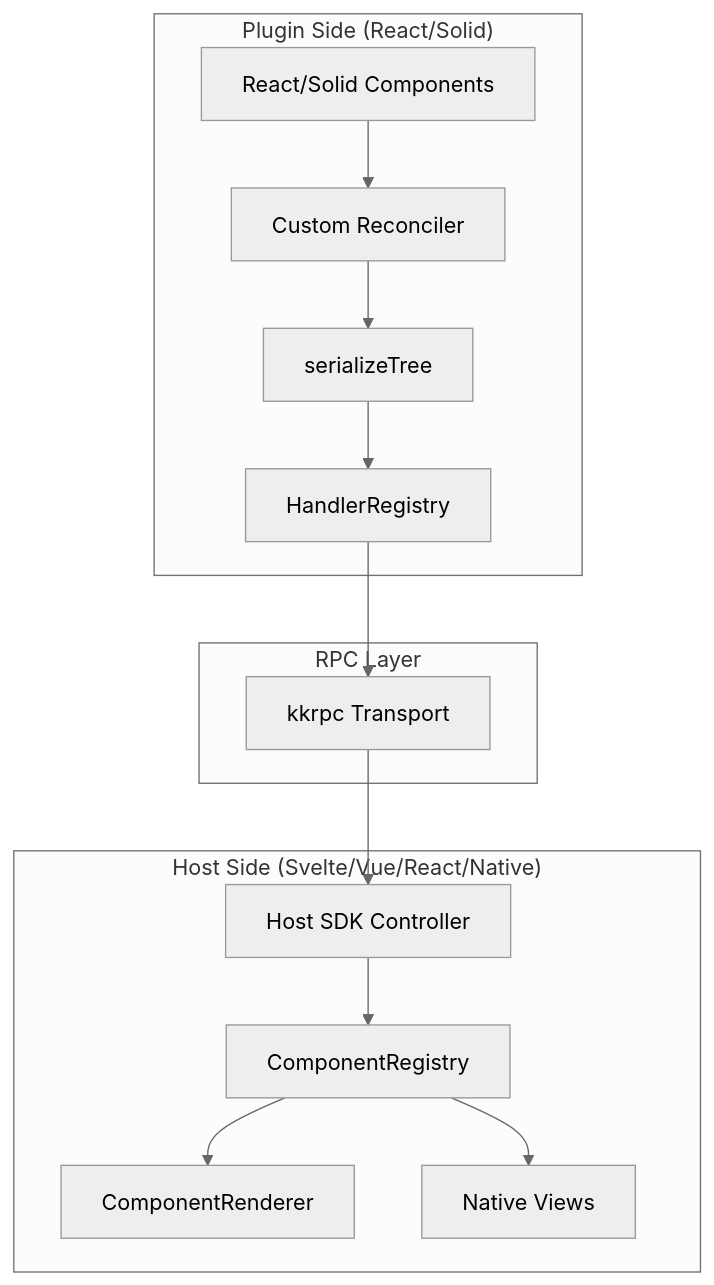
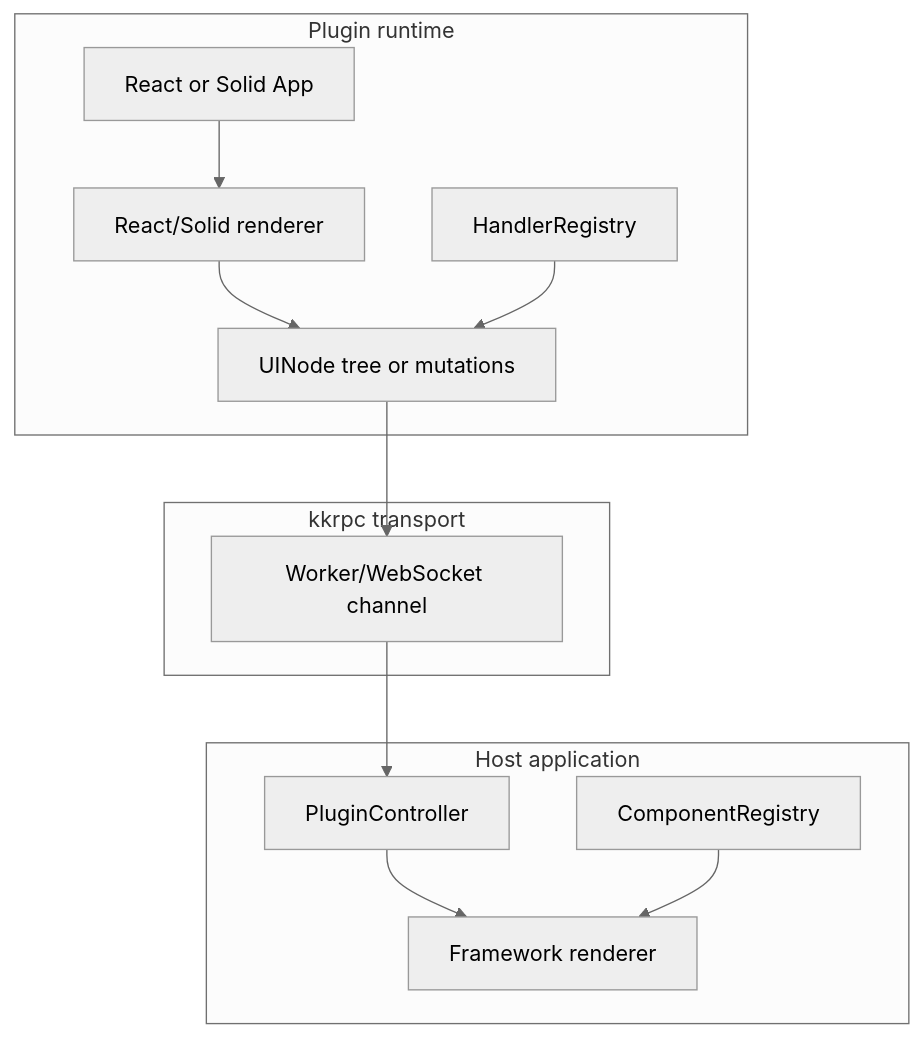
The diagram in .repowiki/en/content/System Overview.md (HuakunShen/uniview), drawn with Mermaid (neutral theme) before and after one commit. The commit also changed other lines of this file and 31 other files, not shown here.

````diff
--- a/.repowiki/en/content/System Overview.md
+++ b/.repowiki/en/content/System Overview.md
@@ -34,29 +36,21 @@
 ```mermaid
 graph TB
-    subgraph Plugin["Plugin Side (React/Solid)"]
-        RC[React/Solid Components]
-        RR[Custom Reconciler]
-        ST[serializeTree]
-        HR[HandlerRegistry]
+    subgraph Plugin[Plugin runtime]
+        App[React or Solid App]
+        Renderer[React/Solid renderer]
+        Registry[HandlerRegistry]
+        Tree[UINode tree or mutations]
     end
-
-    subgraph RPC["RPC Layer"]
-        KK[kkrpc Transport]
+    subgraph Transport[kkrpc transport]
+        RPC[Worker/WebSocket channel]
     end
-
-    subgraph Host["Host Side (Svelte/Vue/React/Native)"]
-        HS[Host SDK Controller]
-        CR[ComponentRegistry]
-        R1[ComponentRenderer]
-        R2[Native Views]
+    subgraph Host[Host application]
+        Controller[PluginController]
+        Components[ComponentRegistry]
+        Adapter[Framework renderer]
     end
-
-    RC --> RR
-    RR --> ST
-    ST --> HR
-    HR --> KK
-    KK --> HS
-    HS --> CR
-    CR --> R1
-    CR --> R2
+    App --> Renderer --> Tree
+    Registry --> Tree
+    Tree --> RPC --> Controller --> Adapter
+    Components --> Adapter
 ```
````
